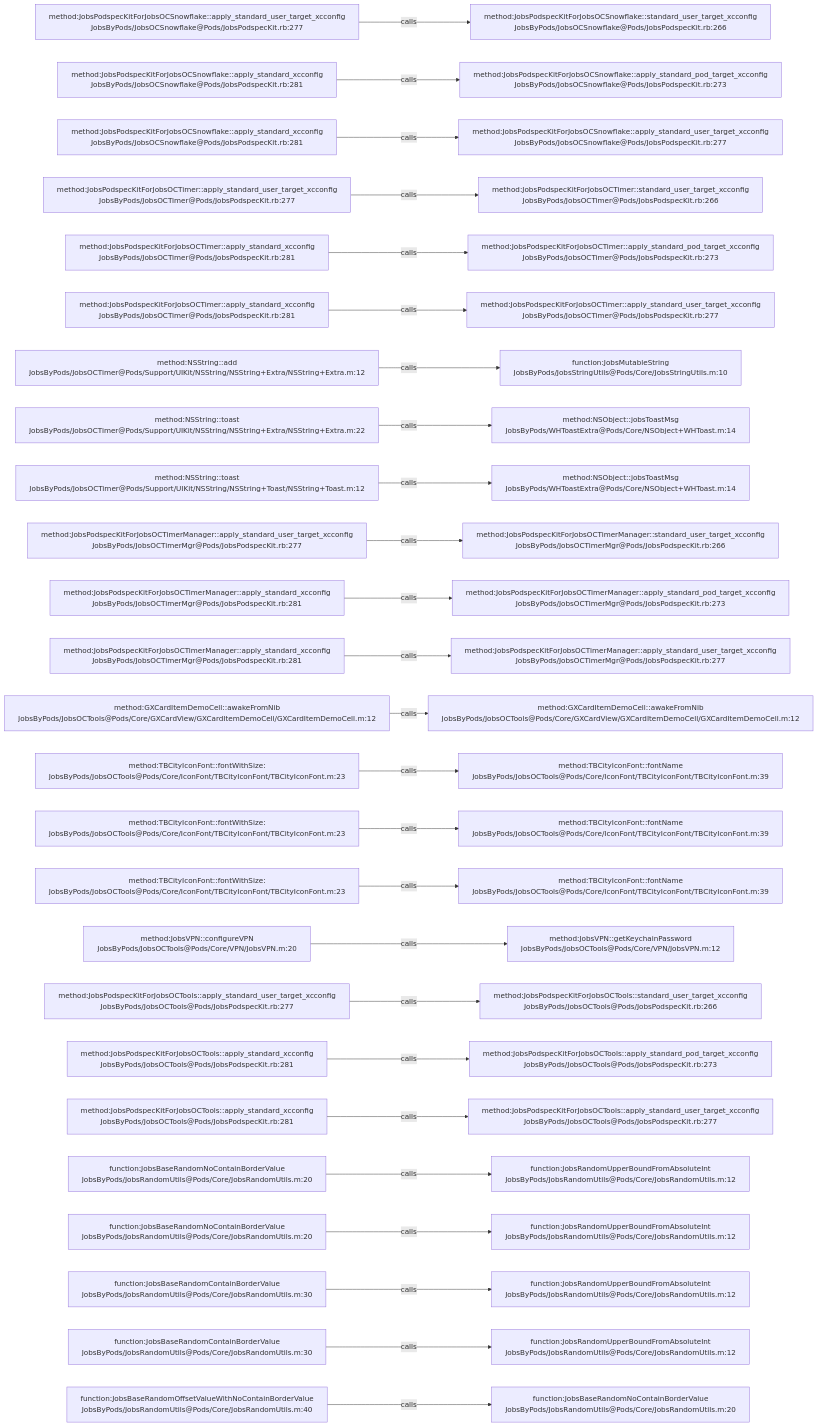
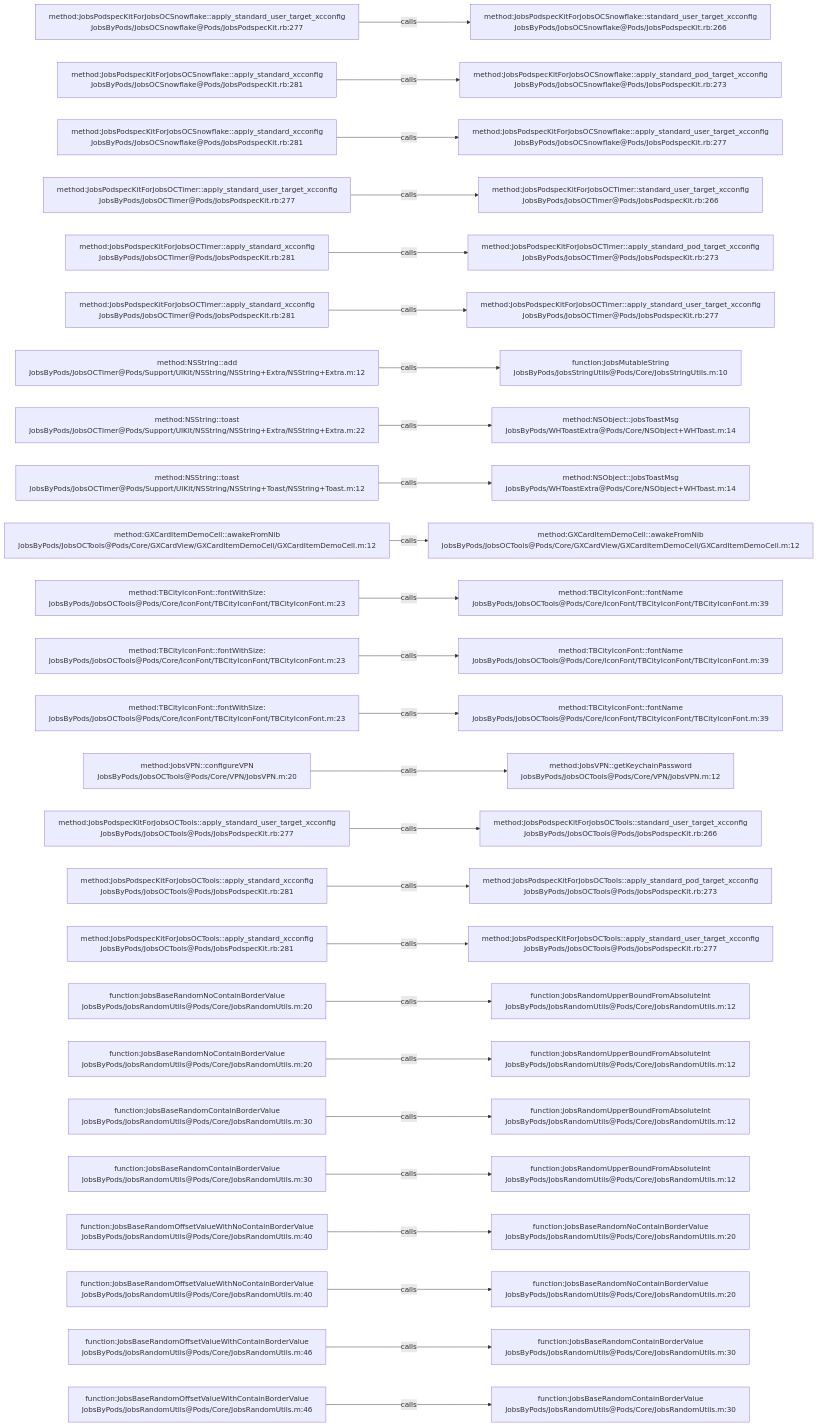
The diagram in .codegraph/codegraph.md/graphs/calls-014.md (JobsKits/JobsOCBaseConfigDemo), drawn with Mermaid before and after one commit. The commit also changed 342 other files, not shown here.

````diff
--- a/.codegraph/codegraph.md/graphs/calls-014.md
+++ b/.codegraph/codegraph.md/graphs/calls-014.md
@@ -13,78 +13,78 @@
 ```mermaid
 flowchart LR
   S1["method:JobsPodspecKitForJobsOCSnowflake::apply_standard_user_target_xcconfig<br/>JobsByPods/JobsOCSnowflake@Pods/JobsPodspecKit.rb:277"]
   T1["method:JobsPodspecKitForJobsOCSnowflake::standard_user_target_xcconfig<br/>JobsByPods/JobsOCSnowflake@Pods/JobsPodspecKit.rb:266"]
   S1 -->|calls| T1
   S2["method:JobsPodspecKitForJobsOCSnowflake::apply_standard_xcconfig<br/>JobsByPods/JobsOCSnowflake@Pods/JobsPodspecKit.rb:281"]
   T2["method:JobsPodspecKitForJobsOCSnowflake::apply_standard_pod_target_xcconfig<br/>JobsByPods/JobsOCSnowflake@Pods/JobsPodspecKit.rb:273"]
   S2 -->|calls| T2
   S3["method:JobsPodspecKitForJobsOCSnowflake::apply_standard_xcconfig<br/>JobsByPods/JobsOCSnowflake@Pods/JobsPodspecKit.rb:281"]
   T3["method:JobsPodspecKitForJobsOCSnowflake::apply_standard_user_target_xcconfig<br/>JobsByPods/JobsOCSnowflake@Pods/JobsPodspecKit.rb:277"]
   S3 -->|calls| T3
   S4["method:JobsPodspecKitForJobsOCTimer::apply_standard_user_target_xcconfig<br/>JobsByPods/JobsOCTimer@Pods/JobsPodspecKit.rb:277"]
   T4["method:JobsPodspecKitForJobsOCTimer::standard_user_target_xcconfig<br/>JobsByPods/JobsOCTimer@Pods/JobsPodspecKit.rb:266"]
   S4 -->|calls| T4
   S5["method:JobsPodspecKitForJobsOCTimer::apply_standard_xcconfig<br/>JobsByPods/JobsOCTimer@Pods/JobsPodspecKit.rb:281"]
   T5["method:JobsPodspecKitForJobsOCTimer::apply_standard_pod_target_xcconfig<br/>JobsByPods/JobsOCTimer@Pods/JobsPodspecKit.rb:273"]
   S5 -->|calls| T5
   S6["method:JobsPodspecKitForJobsOCTimer::apply_standard_xcconfig<br/>JobsByPods/JobsOCTimer@Pods/JobsPodspecKit.rb:281"]
   T6["method:JobsPodspecKitForJobsOCTimer::apply_standard_user_target_xcconfig<br/>JobsByPods/JobsOCTimer@Pods/JobsPodspecKit.rb:277"]
   S6 -->|calls| T6
   S7["method:NSString::add<br/>JobsByPods/JobsOCTimer@Pods/Support/UIKit/NSString/NSString+Extra/NSString+Extra.m:12"]
   T7["function:JobsMutableString<br/>JobsByPods/JobsStringUtils@Pods/Core/JobsStringUtils.m:10"]
   S7 -->|calls| T7
   S8["method:NSString::toast<br/>JobsByPods/JobsOCTimer@Pods/Support/UIKit/NSString/NSString+Extra/NSString+Extra.m:22"]
   T8["method:NSObject::jobsToastMsg<br/>JobsByPods/WHToastExtra@Pods/Core/NSObject+WHToast.m:14"]
   S8 -->|calls| T8
   S9["method:NSString::toast<br/>JobsByPods/JobsOCTimer@Pods/Support/UIKit/NSString/NSString+Toast/NSString+Toast.m:12"]
   T9["method:NSObject::jobsToastMsg<br/>JobsByPods/WHToastExtra@Pods/Core/NSObject+WHToast.m:14"]
   S9 -->|calls| T9
-  S10["method:JobsPodspecKitForJobsOCTimerManager::apply_standard_user_target_xcconfig<br/>JobsByPods/JobsOCTimerMgr@Pods/JobsPodspecKit.rb:277"]
-  T10["method:JobsPodspecKitForJobsOCTimerManager::standard_user_target_xcconfig<br/>JobsByPods/JobsOCTimerMgr@Pods/JobsPodspecKit.rb:266"]
+  S10["method:GXCardItemDemoCell::awakeFromNib<br/>JobsByPods/JobsOCTools@Pods/Core/GXCardView/GXCardItemDemoCell/GXCardItemDemoCell.m:12"]
+  T10["method:GXCardItemDemoCell::awakeFromNib<br/>JobsByPods/JobsOCTools@Pods/Core/GXCardView/GXCardItemDemoCell/GXCardItemDemoCell.m:12"]
   S10 -->|calls| T10
-  S11["method:JobsPodspecKitForJobsOCTimerManager::apply_standard_xcconfig<br/>JobsByPods/JobsOCTimerMgr@Pods/JobsPodspecKit.rb:281"]
-  T11["method:JobsPodspecKitForJobsOCTimerManager::apply_standard_pod_target_xcconfig<br/>JobsByPods/JobsOCTimerMgr@Pods/JobsPodspecKit.rb:273"]
+  S11["method:TBCityIconFont::fontWithSize:<br/>JobsByPods/JobsOCTools@Pods/Core/IconFont/TBCityIconFont/TBCityIconFont.m:23"]
+  T11["method:TBCityIconFont::fontName<br/>JobsByPods/JobsOCTools@Pods/Core/IconFont/TBCityIconFont/TBCityIconFont.m:39"]
   S11 -->|calls| T11
-  S12["method:JobsPodspecKitForJobsOCTimerManager::apply_standard_xcconfig<br/>JobsByPods/JobsOCTimerMgr@Pods/JobsPodspecKit.rb:281"]
-  T12["method:JobsPodspecKitForJobsOCTimerManager::apply_standard_user_target_xcconfig<br/>JobsByPods/JobsOCTimerMgr@Pods/JobsPodspecKit.rb:277"]
+  S12["method:TBCityIconFont::fontWithSize:<br/>JobsByPods/JobsOCTools@Pods/Core/IconFont/TBCityIconFont/TBCityIconFont.m:23"]
+  T12["method:TBCityIconFont::fontName<br/>JobsByPods/JobsOCTools@Pods/Core/IconFont/TBCityIconFont/TBCityIconFont.m:39"]
   S12 -->|calls| T12
-  S13["method:GXCardItemDemoCell::awakeFromNib<br/>JobsByPods/JobsOCTools@Pods/Core/GXCardView/GXCardItemDemoCell/GXCardItemDemoCell.m:12"]
-  T13["method:GXCardItemDemoCell::awakeFromNib<br/>JobsByPods/JobsOCTools@Pods/Core/GXCardView/GXCardItemDemoCell/GXCardItemDemoCell.m:12"]
+  S13["method:TBCityIconFont::fontWithSize:<br/>JobsByPods/JobsOCTools@Pods/Core/IconFont/TBCityIconFont/TBCityIconFont.m:23"]
+  T13["method:TBCityIconFont::fontName<br/>JobsByPods/JobsOCTools@Pods/Core/IconFont/TBCityIconFont/TBCityIconFont.m:39"]
   S13 -->|calls| T13
-  S14["method:TBCityIconFont::fontWithSize:<br/>JobsByPods/JobsOCTools@Pods/Core/IconFont/TBCityIconFont/TBCityIconFont.m:23"]
-  T14["method:TBCityIconFont::fontName<br/>JobsByPods/JobsOCTools@Pods/Core/IconFont/TBCityIconFont/TBCityIconFont.m:39"]
+  S14["method:JobsVPN::configureVPN<br/>JobsByPods/JobsOCTools@Pods/Core/VPN/JobsVPN.m:20"]
+  T14["method:JobsVPN::getKeychainPassword<br/>JobsByPods/JobsOCTools@Pods/Core/VPN/JobsVPN.m:12"]
   S14 -->|calls| T14
-  S15["method:TBCityIconFont::fontWithSize:<br/>JobsByPods/JobsOCTools@Pods/Core/IconFont/TBCityIconFont/TBCityIconFont.m:23"]
-  T15["method:TBCityIconFont::fontName<br/>JobsByPods/JobsOCTools@Pods/Core/IconFont/TBCityIconFont/TBCityIconFont.m:39"]
+  S15["method:JobsPodspecKitForJobsOCTools::apply_standard_user_target_xcconfig<br/>JobsByPods/JobsOCTools@Pods/JobsPodspecKit.rb:277"]
+  T15["method:JobsPodspecKitForJobsOCTools::standard_user_target_xcconfig<br/>JobsByPods/JobsOCTools@Pods/JobsPodspecKit.rb:266"]
   S15 -->|calls| T15
-  S16["method:TBCityIconFont::fontWithSize:<br/>JobsByPods/JobsOCTools@Pods/Core/IconFont/TBCityIconFont/TBCityIconFont.m:23"]
-  T16["method:TBCityIconFont::fontName<br/>JobsByPods/JobsOCTools@Pods/Core/IconFont/TBCityIconFont/TBCityIconFont.m:39"]
+  S16["method:JobsPodspecKitForJobsOCTools::apply_standard_xcconfig<br/>JobsByPods/JobsOCTools@Pods/JobsPodspecKit.rb:281"]
+  T16["method:JobsPodspecKitForJobsOCTools::apply_standard_pod_target_xcconfig<br/>JobsByPods/JobsOCTools@Pods/JobsPodspecKit.rb:273"]
   S16 -->|calls| T16
-  S17["method:JobsVPN::configureVPN<br/>JobsByPods/JobsOCTools@Pods/Core/VPN/JobsVPN.m:20"]
-  T17["method:JobsVPN::getKeychainPassword<br/>JobsByPods/JobsOCTools@Pods/Core/VPN/JobsVPN.m:12"]
+  S17["method:JobsPodspecKitForJobsOCTools::apply_standard_xcconfig<br/>JobsByPods/JobsOCTools@Pods/JobsPodspecKit.rb:281"]
+  T17["method:JobsPodspecKitForJobsOCTools::apply_standard_user_target_xcconfig<br/>JobsByPods/JobsOCTools@Pods/JobsPodspecKit.rb:277"]
   S17 -->|calls| T17
-  S18["method:JobsPodspecKitForJobsOCTools::apply_standard_user_target_xcconfig<br/>JobsByPods/JobsOCTools@Pods/JobsPodspecKit.rb:277"]
-  T18["method:JobsPodspecKitForJobsOCTools::standard_user_target_xcconfig<br/>JobsByPods/JobsOCTools@Pods/JobsPodspecKit.rb:266"]
+  S18["function:JobsBaseRandomNoContainBorderValue<br/>JobsByPods/JobsRandomUtils@Pods/Core/JobsRandomUtils.m:20"]
+  T18["function:JobsRandomUpperBoundFromAbsoluteInt<br/>JobsByPods/JobsRandomUtils@Pods/Core/JobsRandomUtils.m:12"]
   S18 -->|calls| T18
-  S19["method:JobsPodspecKitForJobsOCTools::apply_standard_xcconfig<br/>JobsByPods/JobsOCTools@Pods/JobsPodspecKit.rb:281"]
-  T19["method:JobsPodspecKitForJobsOCTools::apply_standard_pod_target_xcconfig<br/>JobsByPods/JobsOCTools@Pods/JobsPodspecKit.rb:273"]
+  S19["function:JobsBaseRandomNoContainBorderValue<br/>JobsByPods/JobsRandomUtils@Pods/Core/JobsRandomUtils.m:20"]
+  T19["function:JobsRandomUpperBoundFromAbsoluteInt<br/>JobsByPods/JobsRandomUtils@Pods/Core/JobsRandomUtils.m:12"]
   S19 -->|calls| T19
-  S20["method:JobsPodspecKitForJobsOCTools::apply_standard_xcconfig<br/>JobsByPods/JobsOCTools@Pods/JobsPodspecKit.rb:281"]
-  T20["method:JobsPodspecKitForJobsOCTools::apply_standard_user_target_xcconfig<br/>JobsByPods/JobsOCTools@Pods/JobsPodspecKit.rb:277"]
+  S20["function:JobsBaseRandomContainBorderValue<br/>JobsByPods/JobsRandomUtils@Pods/Core/JobsRandomUtils.m:30"]
+  T20["function:JobsRandomUpperBoundFromAbsoluteInt<br/>JobsByPods/JobsRandomUtils@Pods/Core/JobsRandomUtils.m:12"]
   S20 -->|calls| T20
-  S21["function:JobsBaseRandomNoContainBorderValue<br/>JobsByPods/JobsRandomUtils@Pods/Core/JobsRandomUtils.m:20"]
+  S21["function:JobsBaseRandomContainBorderValue<br/>JobsByPods/JobsRandomUtils@Pods/Core/JobsRandomUtils.m:30"]
   T21["function:JobsRandomUpperBoundFromAbsoluteInt<br/>JobsByPods/JobsRandomUtils@Pods/Core/JobsRandomUtils.m:12"]
   S21 -->|calls| T21
-  S22["function:JobsBaseRandomNoContainBorderValue<br/>JobsByPods/JobsRandomUtils@Pods/Core/JobsRandomUtils.m:20"]
-  T22["function:JobsRandomUpperBoundFromAbsoluteInt<br/>JobsByPods/JobsRandomUtils@Pods/Core/JobsRandomUtils.m:12"]
+  S22["function:JobsBaseRandomOffsetValueWithNoContainBorderValue<br/>JobsByPods/JobsRandomUtils@Pods/Core/JobsRandomUtils.m:40"]
+  T22["function:JobsBaseRandomNoContainBorderValue<br/>JobsByPods/JobsRandomUtils@Pods/Core/JobsRandomUtils.m:20"]
   S22 -->|calls| T22
-  S23["function:JobsBaseRandomContainBorderValue<br/>JobsByPods/JobsRandomUtils@Pods/Core/JobsRandomUtils.m:30"]
-  T23["function:JobsRandomUpperBoundFromAbsoluteInt<br/>JobsByPods/JobsRandomUtils@Pods/Core/JobsRandomUtils.m:12"]
+  S23["function:JobsBaseRandomOffsetValueWithNoContainBorderValue<br/>JobsByPods/JobsRandomUtils@Pods/Core/JobsRandomUtils.m:40"]
+  T23["function:JobsBaseRandomNoContainBorderValue<br/>JobsByPods/JobsRandomUtils@Pods/Core/JobsRandomUtils.m:20"]
   S23 -->|calls| T23
-  S24["function:JobsBaseRandomContainBorderValue<br/>JobsByPods/JobsRandomUtils@Pods/Core/JobsRandomUtils.m:30"]
-  T24["function:JobsRandomUpperBoundFromAbsoluteInt<br/>JobsByPods/JobsRandomUtils@Pods/Core/JobsRandomUtils.m:12"]
+  S24["function:JobsBaseRandomOffsetValueWithContainBorderValue<br/>JobsByPods/JobsRandomUtils@Pods/Core/JobsRandomUtils.m:46"]
+  T24["function:JobsBaseRandomContainBorderValue<br/>JobsByPods/JobsRandomUtils@Pods/Core/JobsRandomUtils.m:30"]
   S24 -->|calls| T24
-  S25["function:JobsBaseRandomOffsetValueWithNoContainBorderValue<br/>JobsByPods/JobsRandomUtils@Pods/Core/JobsRandomUtils.m:40"]
-  T25["function:JobsBaseRandomNoContainBorderValue<br/>JobsByPods/JobsRandomUtils@Pods/Core/JobsRandomUtils.m:20"]
+  S25["function:JobsBaseRandomOffsetValueWithContainBorderValue<br/>JobsByPods/JobsRandomUtils@Pods/Core/JobsRandomUtils.m:46"]
+  T25["function:JobsBaseRandomContainBorderValue<br/>JobsByPods/JobsRandomUtils@Pods/Core/JobsRandomUtils.m:30"]
   S25 -->|calls| T25
 ```
````
